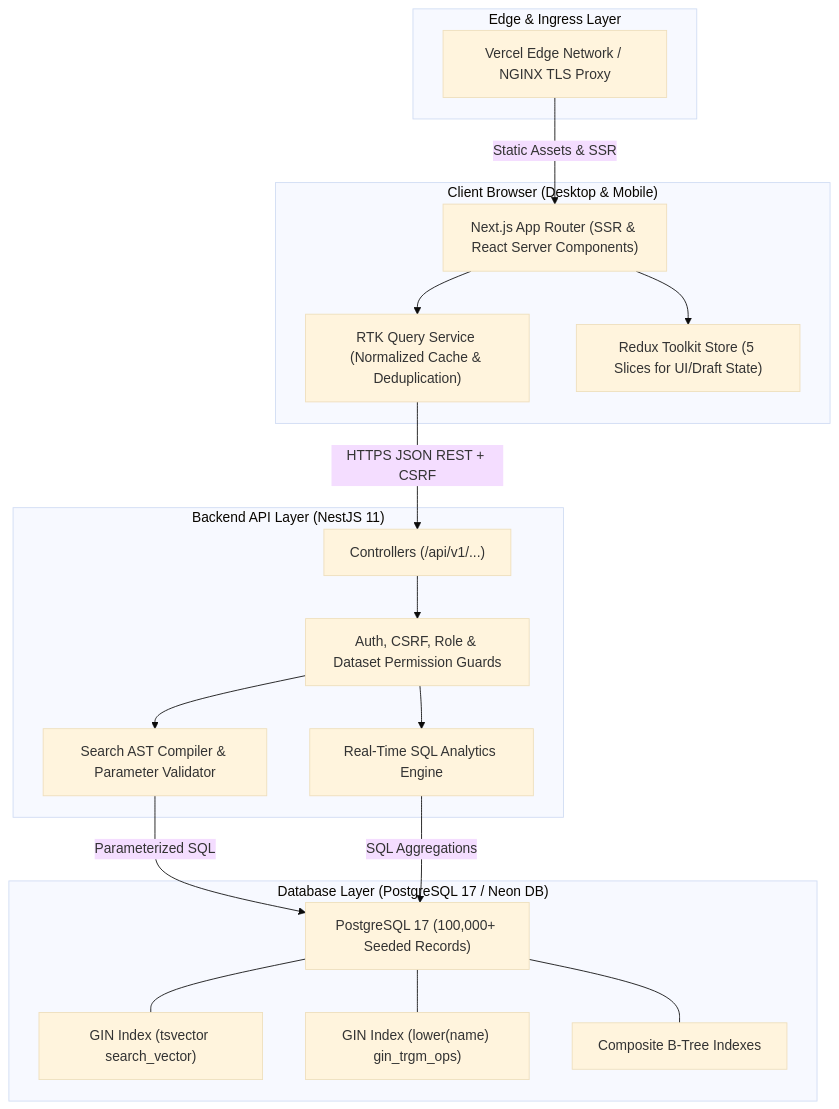
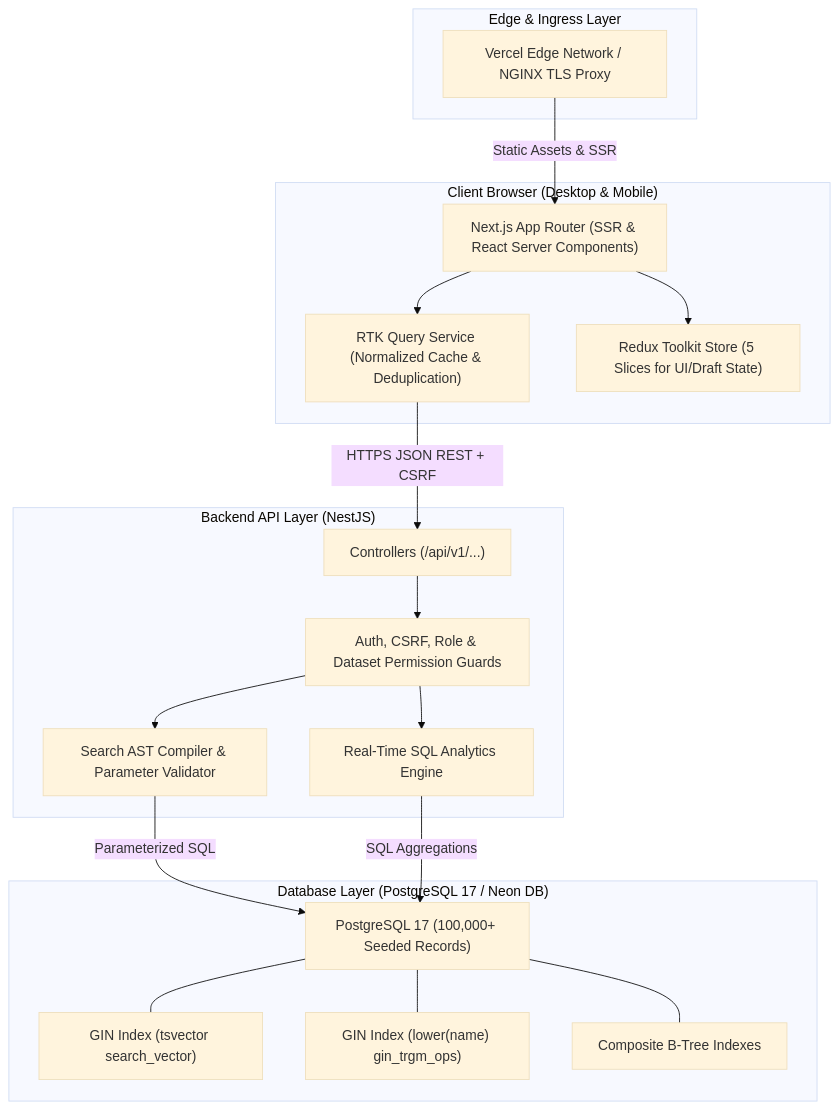
The first of 3 diagrams in README.md (md-saju-ahmed/datascope), drawn with Mermaid (base theme) before and after one commit. The commit also changed other lines of this file, not shown here.

Commit message:
docs(readme): polish and streamline public readme with live deployment and architecture

````diff
--- a/README.md
+++ b/README.md
@@ -83,39 +89,39 @@
 ```mermaid
 flowchart TD
     subgraph Client["Client Browser (Desktop & Mobile)"]
         UI["Next.js App Router (SSR & React Server Components)"]
         RTK["RTK Query Service (Normalized Cache & Deduplication)"]
         Redux["Redux Toolkit Store (5 Slices for UI/Draft State)"]
         UI --> Redux
         UI --> RTK
     end
 
     subgraph Edge["Edge & Ingress Layer"]
         VercelCDN["Vercel Edge Network / NGINX TLS Proxy"]
         VercelCDN -->|Static Assets & SSR| UI
     end
 
-    subgraph API["Backend API Layer (NestJS 11)"]
+    subgraph API["Backend API Layer (NestJS)"]
         Controller["Controllers (/api/v1/...)"]
         Guards["Auth, CSRF, Role & Dataset Permission Guards"]
         Comp["Search AST Compiler & Parameter Validator"]
         AnalyticsService["Real-Time SQL Analytics Engine"]
         Controller --> Guards
         Guards --> Comp
         Guards --> AnalyticsService
     end
 
     subgraph DB["Database Layer (PostgreSQL 17 / Neon DB)"]
         PG["PostgreSQL 17 (100,000+ Seeded Records)"]
         GIN_FTS["GIN Index (tsvector search_vector)"]
         GIN_TRGM["GIN Index (lower(name) gin_trgm_ops)"]
         BTREE["Composite B-Tree Indexes"]
         PG --- GIN_FTS
         PG --- GIN_TRGM
         PG --- BTREE
     end
 
     RTK -->|HTTPS JSON REST + CSRF| Controller
     Comp -->|Parameterized SQL| PG
     AnalyticsService -->|SQL Aggregations| PG
 ```
````
